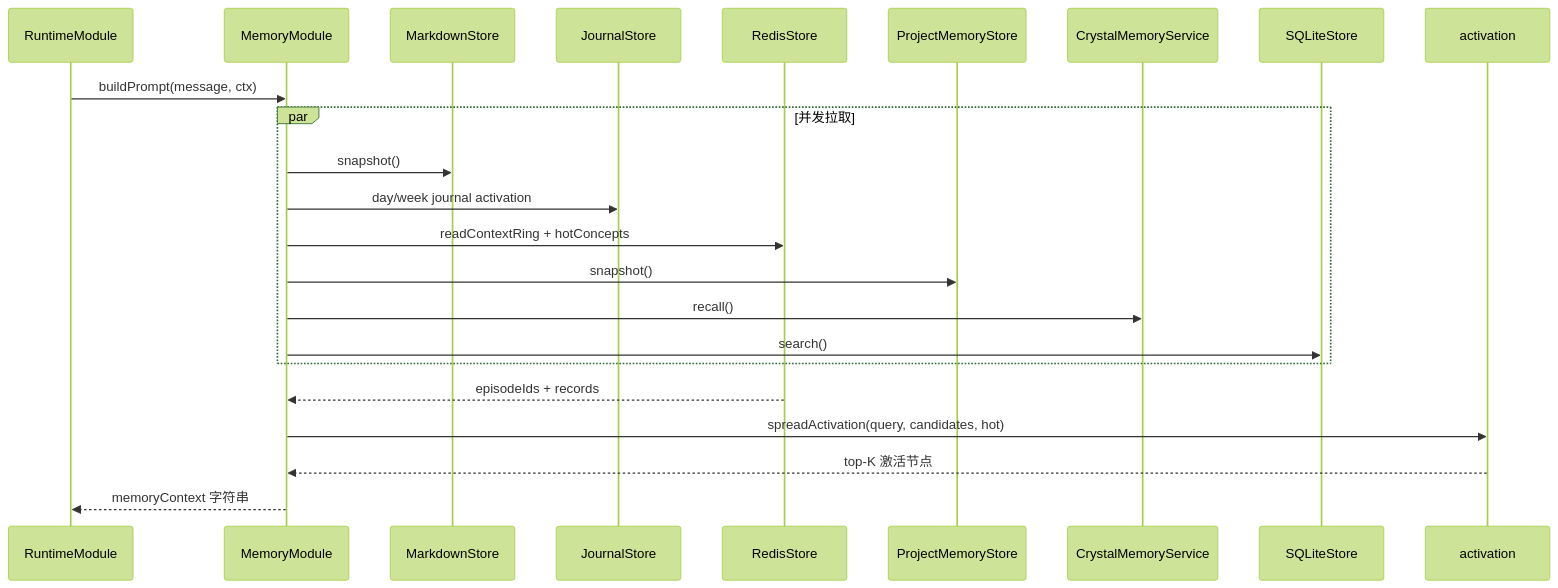
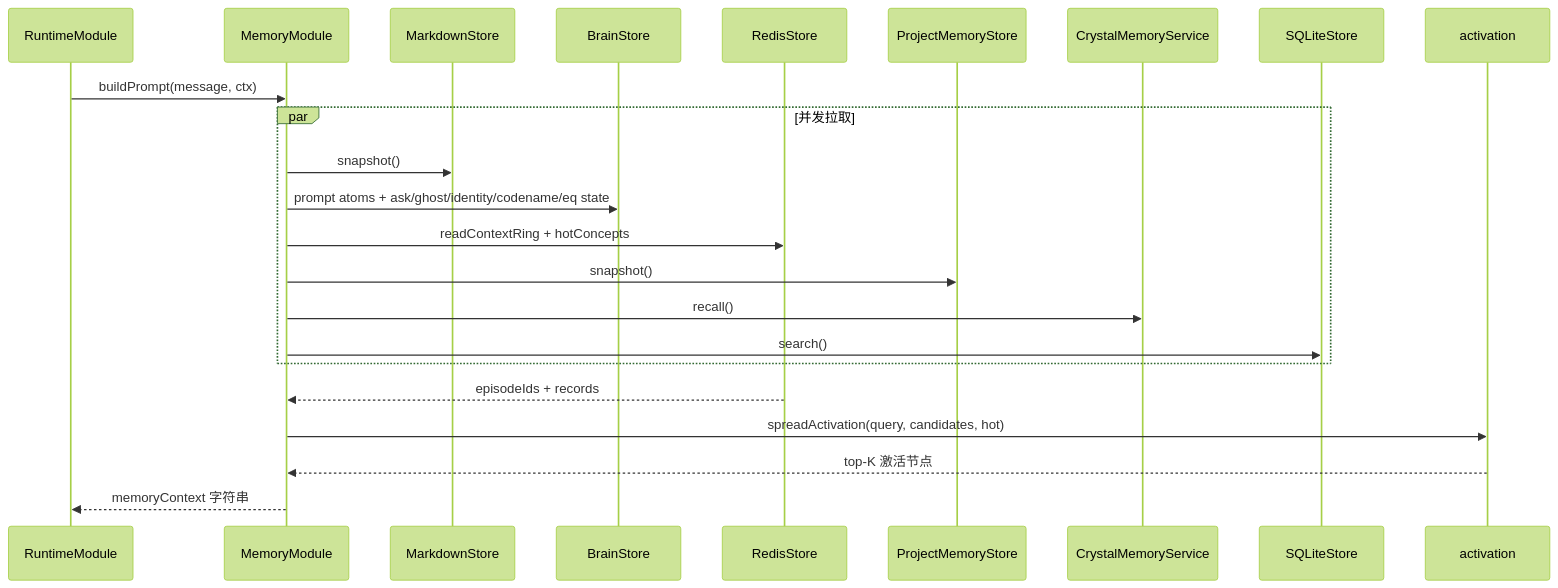
One commit to flyflor/flyflor changed the fourth of 5 diagrams in docs/memory.system.md. Above: the diagram before and after it, drawn with Mermaid (forest theme). The commit also changed other lines of this file and 68 other files, not shown here.

````diff
--- a/docs/memory.system.md
+++ b/docs/memory.system.md
@@ -98,25 +132,25 @@
 ```mermaid
 sequenceDiagram
     participant RT as RuntimeModule
     participant Mem as MemoryModule
     participant MD as MarkdownStore
-    participant J as JournalStore
+    participant B as BrainStore
     participant R as RedisStore
     participant PM as ProjectMemoryStore
     participant CR as CrystalMemoryService
     participant SQ as SQLiteStore
     participant Act as activation
     RT->>Mem: buildPrompt(message, ctx)
     par 并发拉取
         Mem->>MD: snapshot()
-        Mem->>J: day/week journal activation
+        Mem->>B: prompt atoms + ask/ghost/identity/codename/eq state
         Mem->>R: readContextRing + hotConcepts
         Mem->>PM: snapshot()
         Mem->>CR: recall()
         Mem->>SQ: search()
     end
     R-->>Mem: episodeIds + records
     Mem->>Act: spreadActivation(query, candidates, hot)
     Act-->>Mem: top-K 激活节点
     Mem-->>RT: memoryContext 字符串
 ```
````
